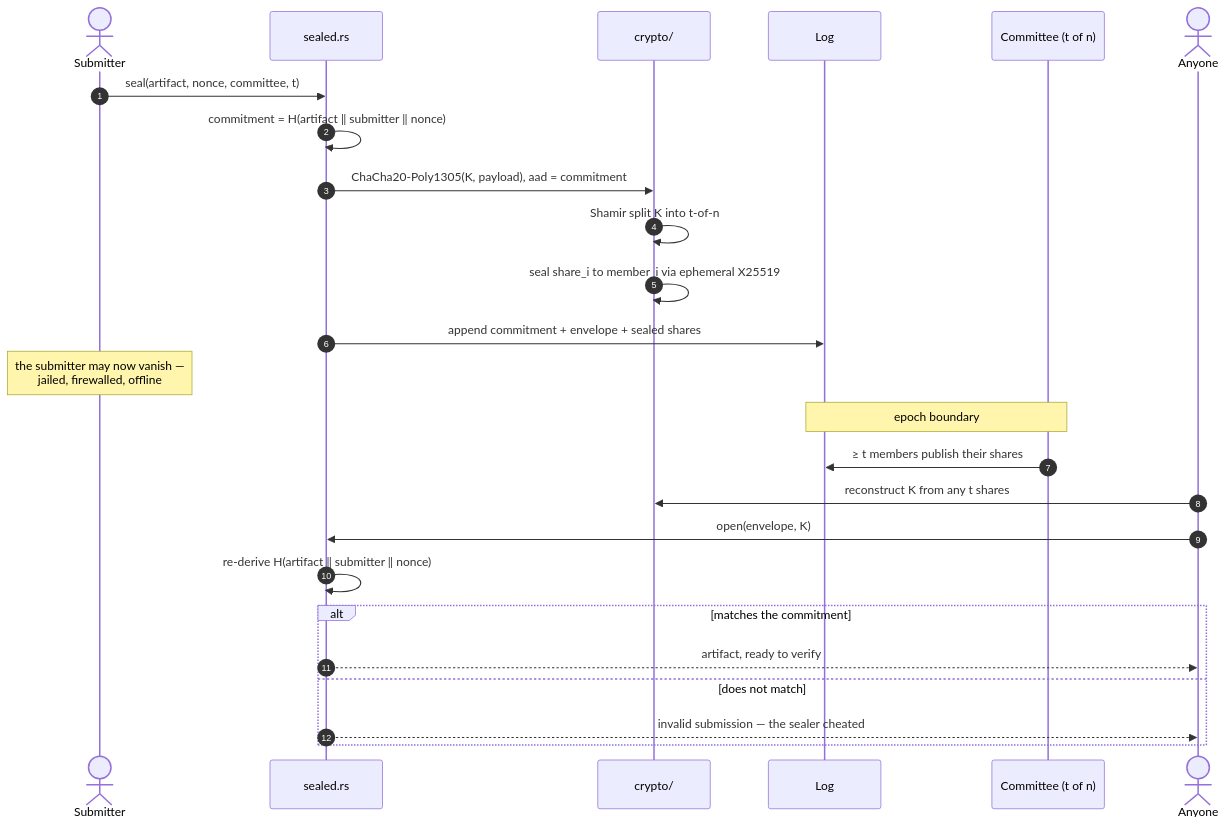
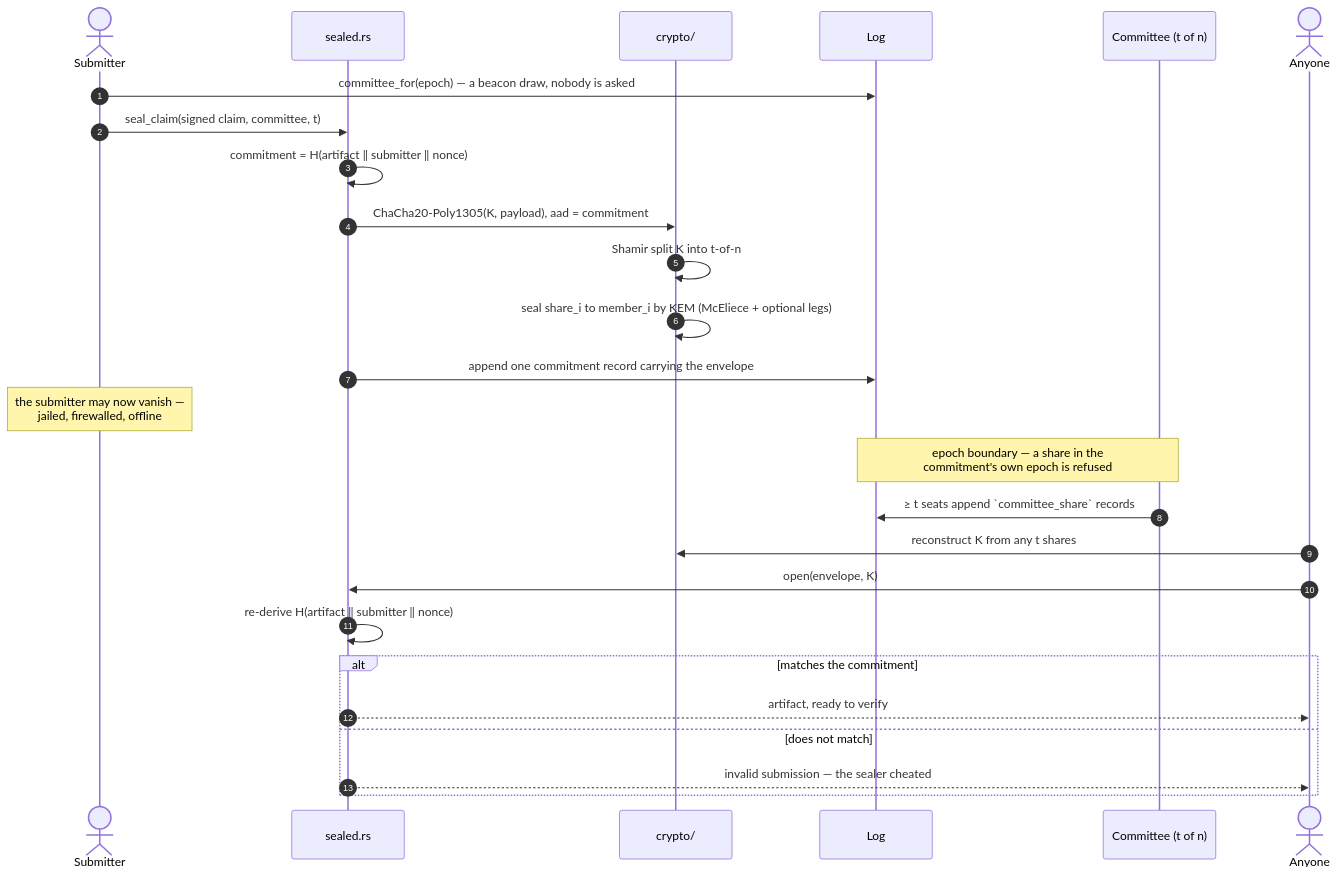
Before and after one commit to aburan28/cairn: the sixth of 12 diagrams in docs/diagrams.md, drawn with Mermaid. The commit also changed 26 other files, not shown here.

````diff
--- a/docs/diagrams.md
+++ b/docs/diagrams.md
@@ -245,30 +245,31 @@
 ```mermaid
 sequenceDiagram
     autonumber
     actor S as Submitter
     participant SEAL as sealed.rs
     participant C as crypto/
     participant L as Log
     participant M as Committee (t of n)
     actor A as Anyone
 
-    S->>SEAL: seal(artifact, nonce, committee, t)
+    S->>L: committee_for(epoch) — a beacon draw, nobody is asked
+    S->>SEAL: seal_claim(signed claim, committee, t)
     SEAL->>SEAL: commitment = H(artifact ‖ submitter ‖ nonce)
     SEAL->>C: ChaCha20-Poly1305(K, payload), aad = commitment
     C->>C: Shamir split K into t-of-n
-    C->>C: seal share_i to member_i via ephemeral X25519
-    SEAL->>L: append commitment + envelope + sealed shares
+    C->>C: seal share_i to member_i by KEM (McEliece + optional legs)
+    SEAL->>L: append one commitment record carrying the envelope
 
     Note over S: the submitter may now vanish —<br/>jailed, firewalled, offline
 
-    Note over M,L: epoch boundary
-    M->>L: ≥ t members publish their shares
+    Note over M,L: epoch boundary — a share in the<br/>commitment's own epoch is refused
+    M->>L: ≥ t seats append `committee_share` records
     A->>C: reconstruct K from any t shares
     A->>SEAL: open(envelope, K)
     SEAL->>SEAL: re-derive H(artifact ‖ submitter ‖ nonce)
     alt matches the commitment
         SEAL-->>A: artifact, ready to verify
     else does not match
         SEAL-->>A: invalid submission — the sealer cheated
     end
 ```
````
